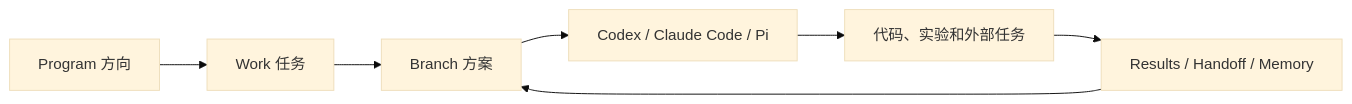
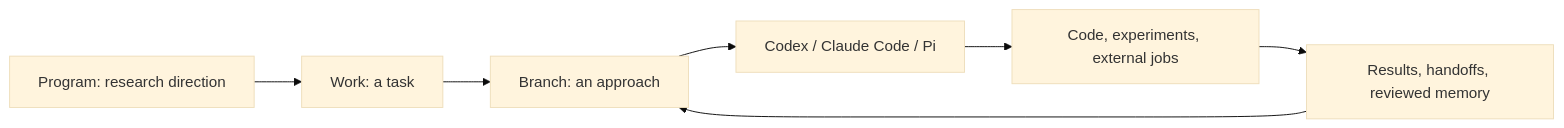
Before and after one commit to samaritan1998/orbitree: the diagram in README.md, drawn with Mermaid (base theme). The commit also changed other lines of this file and 1 other file, not shown here.

````diff
--- a/README.md
+++ b/README.md
@@ -9,9 +17,9 @@
 ```mermaid
 flowchart LR
-    A[Program 方向] --> B[Work 任务]
-    B --> C[Branch 方案]
+    A[Program: research direction] --> B[Work: a task]
+    B --> C[Branch: an approach]
     C --> D[Codex / Claude Code / Pi]
-    D --> E[代码、实验和外部任务]
-    E --> F[Results / Handoff / Memory]
+    D --> E[Code, experiments, external jobs]
+    E --> F[Results, handoffs, reviewed memory]
     F --> C
 ```
````
